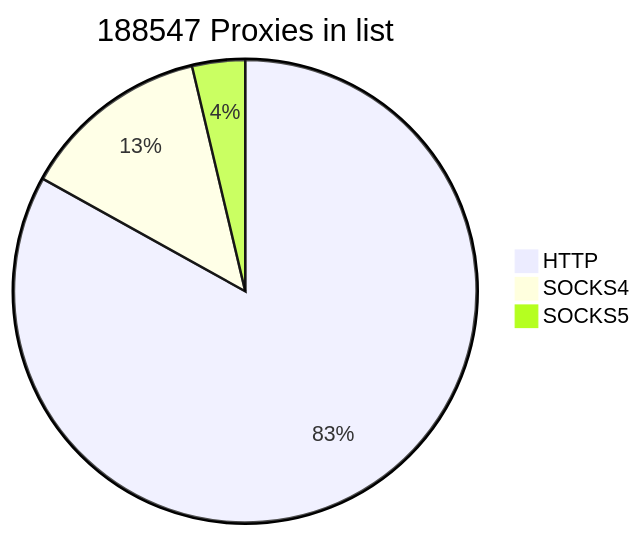
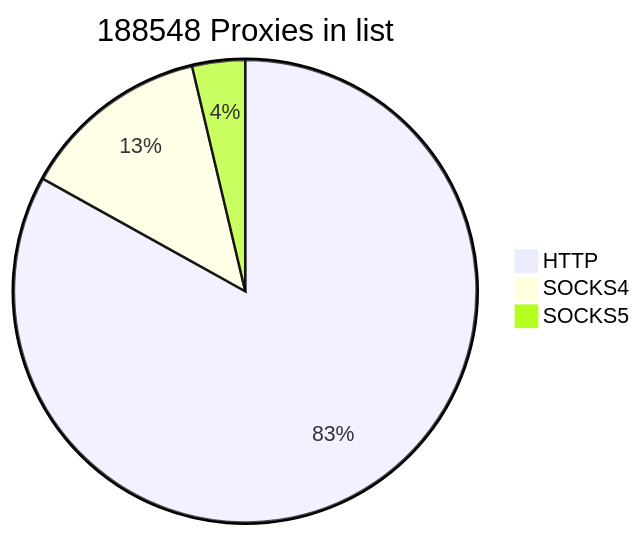
The first of 2 diagrams in README.md (cutipu/proxylist), drawn with Mermaid before and after one commit. The commit also changed other lines of this file, not shown here.

````diff
--- a/README.md
+++ b/README.md
@@ -2,7 +2,7 @@
 ```mermaid
-pie title 188547 Proxies in list
-    "HTTP" : 156626
+pie title 188548 Proxies in list
+    "HTTP" : 156627
     "SOCKS4" : 24951
     "SOCKS5" : 6970
             
 ```
````
